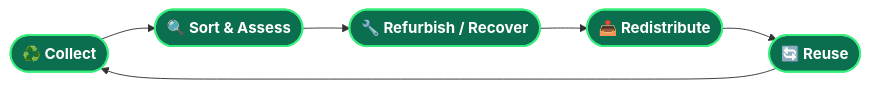
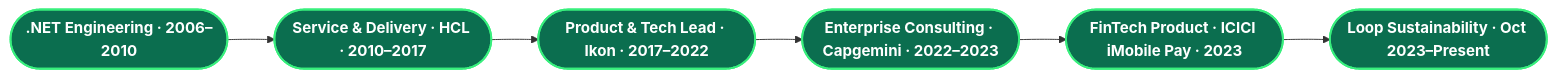
One commit to suri4uall2026/suri4uall2026 changed the first of 2 diagrams in README.md. Above: the diagram before and after it, drawn with Mermaid. The commit also changed other lines of this file, not shown here.

````diff
--- a/README.md
+++ b/README.md
@@ -185,6 +98,5 @@
 ```mermaid
-flowchart LR
-    A([♻️ Collect]) --> B([🔍 Sort & Assess]) --> C([🔧 Refurbish / Recover]) --> D([📤 Redistribute]) --> E([🔄 Reuse]) --> A
-    classDef loop fill:#0B6E4F,stroke:#38EF7D,stroke-width:2px,color:#ffffff,font-weight:bold;
-    class A,B,C,D,E loop;
+graph LR
+    A([.NET Engineering · 2006–2010]):::step --> B([Service & Delivery · HCL · 2010–2017]):::step --> C([Product & Tech Lead · Ikon · 2017–2022]):::step --> D([Enterprise Consulting · Capgemini · 2022–2023]):::step --> E([FinTech Product · ICICI iMobile Pay · 2023]):::step --> F([Loop Sustainability · Oct 2023–Present]):::step
+    classDef step fill:#0B6E4F,stroke:#38EF7D,stroke-width:2px,color:#ffffff,font-weight:bold;
 ```
````
